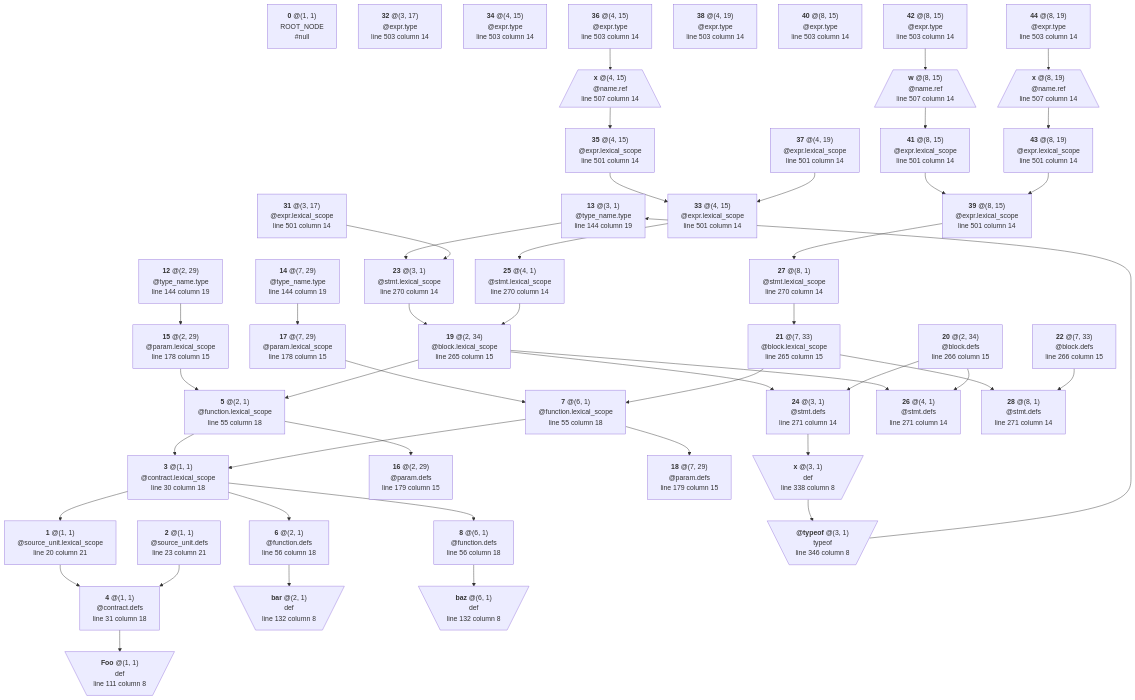
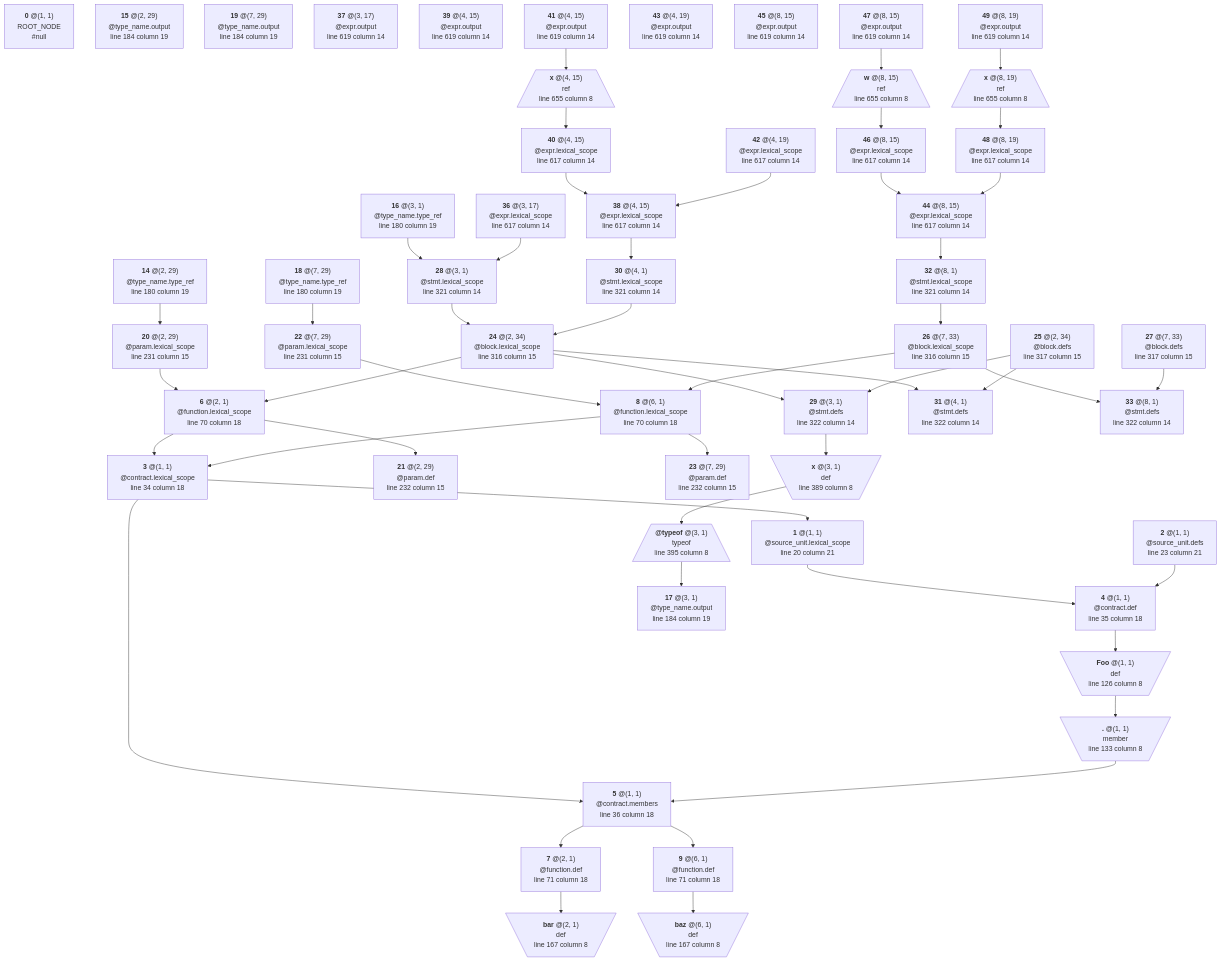
One commit to manastech/slang changed the diagram in crates/solidity/testing/snapshots/bindings_output/lexical/local_vars/generated/0.4.11.mmd. Above: the diagram before and after it, drawn with Mermaid. The commit also changed 39 other files, not shown here.

First line of the commit message:
Bindings for structs and refactor contract/libs/ifaces members rules

```diff
--- a/crates/solidity/testing/snapshots/bindings_output/lexical/local_vars/generated/0.4.11.mmd
+++ b/crates/solidity/testing/snapshots/bindings_output/lexical/local_vars/generated/0.4.11.mmd
@@ -14,178 +14,196 @@
 	N2 --> N4
 	N3["`**3** @(1, 1)
 @contract.lexical_scope
-line 30 column 18`"]
+line 34 column 18`"]
 	N3 --> N1
-	N3 --> N6
-	N3 --> N8
+	N3 --> N5
 	N4["`**4** @(1, 1)
-@contract.defs
-line 31 column 18`"]
-	N4 --> N9
-	N5["`**5** @(2, 1)
+@contract.def
+line 35 column 18`"]
+	N4 --> N10
+	N5["`**5** @(1, 1)
+@contract.members
+line 36 column 18`"]
+	N5 --> N7
+	N5 --> N9
+	N6["`**6** @(2, 1)
 @function.lexical_scope
-line 55 column 18`"]
-	N5 --> N3
-	N5 --> N16
-	N6["`**6** @(2, 1)
-@function.defs
-line 56 column 18`"]
-	N6 --> N10
-	N7["`**7** @(6, 1)
+line 70 column 18`"]
+	N6 --> N3
+	N6 --> N21
+	N7["`**7** @(2, 1)
+@function.def
+line 71 column 18`"]
+	N7 --> N12
+	N8["`**8** @(6, 1)
 @function.lexical_scope
-line 55 column 18`"]
-	N7 --> N3
-	N7 --> N18
-	N8["`**8** @(6, 1)
-@function.defs
-line 56 column 18`"]
-	N8 --> N11
-	N9[\"`**Foo** @(1, 1)
+line 70 column 18`"]
+	N8 --> N3
+	N8 --> N23
+	N9["`**9** @(6, 1)
+@function.def
+line 71 column 18`"]
+	N9 --> N13
+	N10[\"`**Foo** @(1, 1)
 def
-line 111 column 8`"/]
-	N10[\"`**bar** @(2, 1)
+line 126 column 8`"/]
+	N10 --> N11
+	N11[\"`**.** @(1, 1)
+member
+line 133 column 8`"/]
+	N11 --> N5
+	N12[\"`**bar** @(2, 1)
 def
-line 132 column 8`"/]
-	N11[\"`**baz** @(6, 1)
+line 167 column 8`"/]
+	N13[\"`**baz** @(6, 1)
 def
-line 132 column 8`"/]
-	N12["`**12** @(2, 29)
-@type_name.type
-line 144 column 19`"]
-	N12 --> N15
-	N13["`**13** @(3, 1)
-@type_name.type
-line 144 column 19`"]
-	N13 --> N23
-	N14["`**14** @(7, 29)
-@type_name.type
-line 144 column 19`"]
-	N14 --> N17
+line 167 column 8`"/]
+	N14["`**14** @(2, 29)
+@type_name.type_ref
+line 180 column 19`"]
+	N14 --> N20
 	N15["`**15** @(2, 29)
+@type_name.output
+line 184 column 19`"]
+	N16["`**16** @(3, 1)
+@type_name.type_ref
+line 180 column 19`"]
+	N16 --> N28
+	N17["`**17** @(3, 1)
+@type_name.output
+line 184 column 19`"]
+	N18["`**18** @(7, 29)
+@type_name.type_ref
+line 180 column 19`"]
+	N18 --> N22
+	N19["`**19** @(7, 29)
+@type_name.output
+line 184 column 19`"]
+	N20["`**20** @(2, 29)
 @param.lexical_scope
-line 178 column 15`"]
-	N15 --> N5
-	N16["`**16** @(2, 29)
-@param.defs
-line 179 column 15`"]
-	N17["`**17** @(7, 29)
+line 231 column 15`"]
+	N20 --> N6
+	N21["`**21** @(2, 29)
+@param.def
+line 232 column 15`"]
+	N22["`**22** @(7, 29)
 @param.lexical_scope
-line 178 column 15`"]
-	N17 --> N7
-	N18["`**18** @(7, 29)
-@param.defs
-line 179 column 15`"]
-	N19["`**19** @(2, 34)
+line 231 column 15`"]
+	N22 --> N8
+	N23["`**23** @(7, 29)
+@param.def
+line 232 column 15`"]
+	N24["`**24** @(2, 34)
 @block.lexical_scope
-line 265 column 15`"]
-	N19 --> N5
-	N19 --> N24
-	N19 --> N26
-	N20["`**20** @(2, 34)
+line 316 column 15`"]
+	N24 --> N6
+	N24 --> N29
+	N24 --> N31
+	N25["`**25** @(2, 34)
 @block.defs
-line 266 column 15`"]
-	N20 --> N24
-	N20 --> N26
-	N21["`**21** @(7, 33)
+line 317 column 15`"]
+	N25 --> N29
+	N25 --> N31
+	N26["`**26** @(7, 33)
 @block.lexical_scope
-line 265 column 15`"]
-	N21 --> N7
-	N21 --> N28
-	N22["`**22** @(7, 33)
+line 316 column 15`"]
+	N26 --> N8
+	N26 --> N33
+	N27["`**27** @(7, 33)
 @block.defs
-line 266 column 15`"]
-	N22 --> N28
-	N23["`**23** @(3, 1)
+line 317 column 15`"]
+	N27 --> N33
+	N28["`**28** @(3, 1)
 @stmt.lexical_scope
-line 270 column 14`"]
-	N23 --> N19
-	N24["`**24** @(3, 1)
+line 321 column 14`"]
+	N28 --> N24
+	N29["`**29** @(3, 1)
 @stmt.defs
-line 271 column 14`"]
-	N24 --> N29
-	N25["`**25** @(4, 1)
+line 322 column 14`"]
+	N29 --> N34
+	N30["`**30** @(4, 1)
 @stmt.lexical_scope
-line 270 column 14`"]
-	N25 --> N19
-	N26["`**26** @(4, 1)
+line 321 column 14`"]
+	N30 --> N24
+	N31["`**31** @(4, 1)
 @stmt.defs
-line 271 column 14`"]
-	N27["`**27** @(8, 1)
+line 322 column 14`"]
+	N32["`**32** @(8, 1)
 @stmt.lexical_scope
-line 270 column 14`"]
-	N27 --> N21
-	N28["`**28** @(8, 1)
+line 321 column 14`"]
+	N32 --> N26
+	N33["`**33** @(8, 1)
 @stmt.defs
-line 271 column 14`"]
-	N29[\"`**x** @(3, 1)
+line 322 column 14`"]
+	N34[\"`**x** @(3, 1)
 def
-line 338 column 8`"/]
-	N29 --> N30
-	N30[\"`**@typeof** @(3, 1)
+line 389 column 8`"/]
+	N34 --> N35
+	N35[/"`**@typeof** @(3, 1)
 typeof
-line 346 column 8`"/]
-	N30 --> N13
-	N31["`**31** @(3, 17)
+line 395 column 8`"\]
+	N35 --> N17
+	N36["`**36** @(3, 17)
 @expr.lexical_scope
-line 501 column 14`"]
-	N31 --> N23
-	N32["`**32** @(3, 17)
-@expr.type
-line 503 column 14`"]
-	N33["`**33** @(4, 15)
+line 617 column 14`"]
+	N36 --> N28
+	N37["`**37** @(3, 17)
+@expr.output
+line 619 column 14`"]
+	N38["`**38** @(4, 15)
 @expr.lexical_scope
-line 501 column 14`"]
-	N33 --> N25
-	N34["`**34** @(4, 15)
-@expr.type
-line 503 column 14`"]
-	N35["`**35** @(4, 15)
+line 617 column 14`"]
+	N38 --> N30
+	N39["`**39** @(4, 15)
+@expr.output
+line 619 column 14`"]
+	N40["`**40** @(4, 15)
 @expr.lexical_scope
-line 501 column 14`"]
-	N35 --> N33
-	N36["`**36** @(4, 15)
-@expr.type
-line 503 column 14`"]
-	N36 --> N45
-	N37["`**37** @(4, 19)
+line 617 column 14`"]
+	N40 --> N38
+	N41["`**41** @(4, 15)
+@expr.output
+line 619 column 14`"]
+	N41 --> N50
+	N42["`**42** @(4, 19)
 @expr.lexical_scope
-line 501 column 14`"]
-	N37 --> N33
-	N38["`**38** @(4, 19)
-@expr.type
-line 503 column 14`"]
-	N39["`**39** @(8, 15)
+line 617 column 14`"]
+	N42 --> N38
+	N43["`**43** @(4, 19)
+@expr.output
+line 619 column 14`"]
+	N44["`**44** @(8, 15)
 @expr.lexical_scope
-line 501 column 14`"]
-	N39 --> N27
-	N40["`**40** @(8, 15)
-@expr.type
-line 503 column 14`"]
-	N41["`**41** @(8, 15)
+line 617 column 14`"]
+	N44 --> N32
+	N45["`**45** @(8, 15)
+@expr.output
+line 619 column 14`"]
+	N46["`**46** @(8, 15)
 @expr.lexical_scope
-line 501 column 14`"]
-	N41 --> N39
-	N42["`**42** @(8, 15)
-@expr.type
-line 503 column 14`"]
-	N42 --> N46
-	N43["`**43** @(8, 19)
+line 617 column 14`"]
+	N46 --> N44
+	N47["`**47** @(8, 15)
+@expr.output
+line 619 column 14`"]
+	N47 --> N51
+	N48["`**48** @(8, 19)
 @expr.lexical_scope
-line 501 column 14`"]
-	N43 --> N39
-	N44["`**44** @(8, 19)
-@expr.type
-line 503 column 14`"]
-	N44 --> N47
-	N45[/"`**x** @(4, 15)
-@name.ref
-line 507 column 14`"\]
-	N45 --> N35
-	N46[/"`**w** @(8, 15)
-@name.ref
-line 507 column 14`"\]
-	N46 --> N41
-	N47[/"`**x** @(8, 19)
-@name.ref
-line 507 column 14`"\]
-	N47 --> N43
+line 617 column 14`"]
+	N48 --> N44
+	N49["`**49** @(8, 19)
+@expr.output
+line 619 column 14`"]
+	N49 --> N52
+	N50[/"`**x** @(4, 15)
+ref
+line 655 column 8`"\]
+	N50 --> N40
+	N51[/"`**w** @(8, 15)
+ref
+line 655 column 8`"\]
+	N51 --> N46
+	N52[/"`**x** @(8, 19)
+ref
+line 655 column 8`"\]
+	N52 --> N48
```
